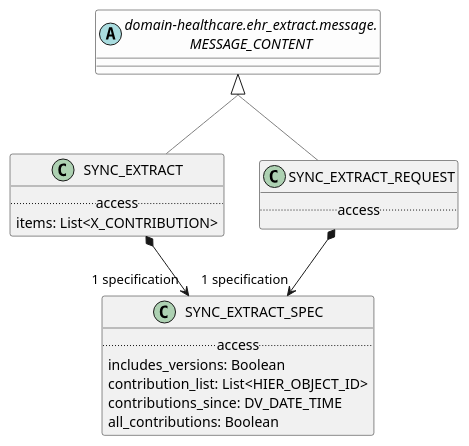
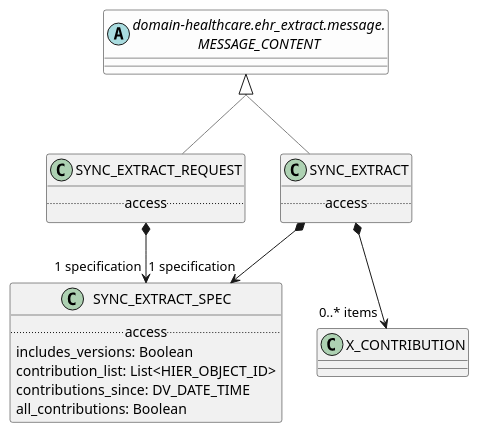
Before and after one commit to wolandscat/openehr-doc: the diagram in modules/ROOT/examples/bmm/domain-healthcare/ehr_extract/sync_extract/sync_extract-package-uml.adoc, drawn with PlantUML. The commit also changed 30 other files, not shown here.

```diff
--- a/modules/ROOT/examples/bmm/domain-healthcare/ehr_extract/sync_extract/sync_extract-package-uml.adoc
+++ b/modules/ROOT/examples/bmm/domain-healthcare/ehr_extract/sync_extract/sync_extract-package-uml.adoc
@@ -3,37 +3,38 @@
 [plantuml,opts=interactive,link=self]
 ....
 skinparam groupInheritance 2
 skinparam citedClassColor #FDFDFD
 
 
 class SYNC_EXTRACT_SPEC [[/openehr-doc/latest/domain-healthcare/ehr_extract-gen.html#_class_sync_extract_spec]] {
         .. access ..
         includes_versions: Boolean
         contribution_list: List<HIER_OBJECT_ID>
         contributions_since: DV_DATE_TIME
         all_contributions: Boolean
 }
 
 
 class SYNC_EXTRACT [[/openehr-doc/latest/domain-healthcare/ehr_extract-gen.html#_class_sync_extract]] {
         .. access ..
-        items: List<X_CONTRIBUTION>
 }
 
 SYNC_EXTRACT -[#gray]up-|> MESSAGE_CONTENT  
 
 
 SYNC_EXTRACT *--> "1 specification" SYNC_EXTRACT_SPEC
+
+SYNC_EXTRACT *--> "0..* items" X_CONTRIBUTION
 
 class SYNC_EXTRACT_REQUEST [[/openehr-doc/latest/domain-healthcare/ehr_extract-gen.html#_class_sync_extract_request]] {
         .. access ..
 }
 
 SYNC_EXTRACT_REQUEST -[#gray]up-|> MESSAGE_CONTENT  
 
 
 SYNC_EXTRACT_REQUEST *--> "1 specification" SYNC_EXTRACT_SPEC
 abstract class "domain-healthcare.ehr_extract.message.\nMESSAGE_CONTENT" as MESSAGE_CONTENT  [[/openehr-doc/latest/domain-healthcare/ehr_extract-gen.html#_class_message_content]] #FDFDFD {
 }
 
 ....
```
